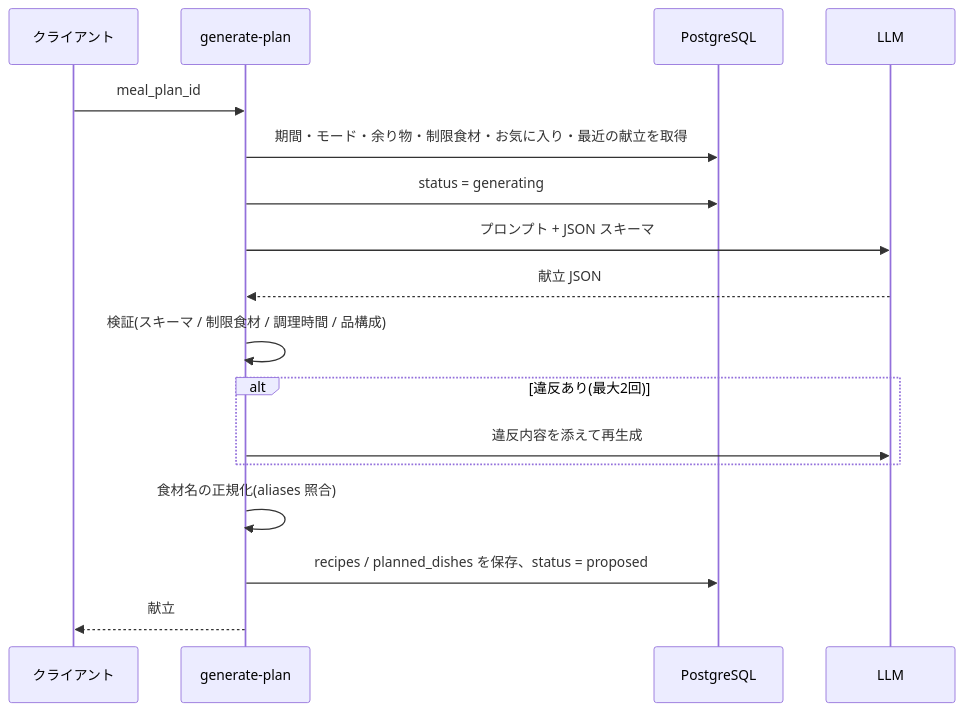
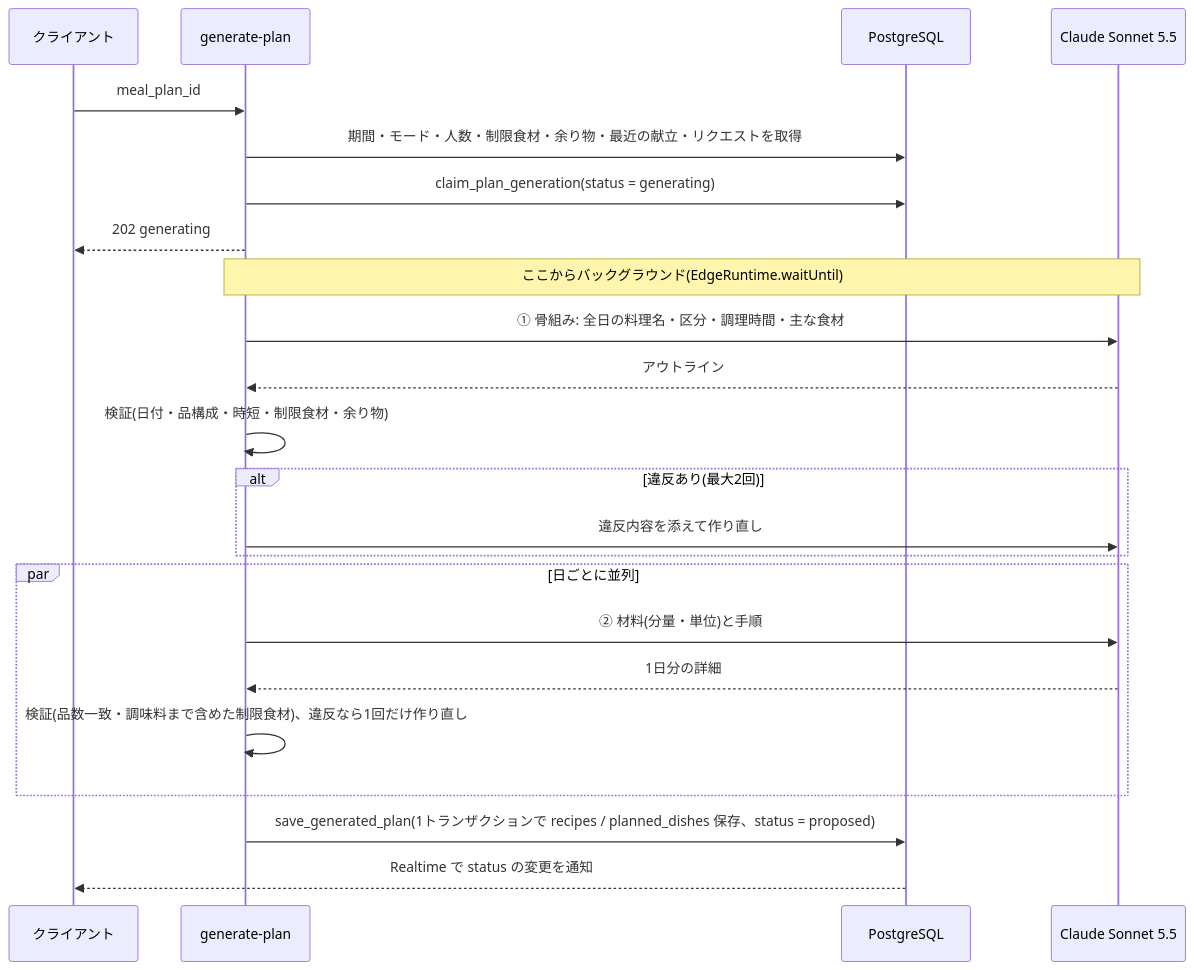
The fifth of 5 diagrams in docs/02_design.md (koshio123/kondate-app), drawn with Mermaid before and after one commit. The commit also changed other lines of this file and 21 other files, not shown here.

````diff
--- a/docs/02_design.md
+++ b/docs/02_design.md
@@ -329,20 +327,26 @@
 ```mermaid
 sequenceDiagram
   participant C as クライアント
   participant F as generate-plan
   participant DB as PostgreSQL
-  participant L as LLM
+  participant L as Claude Sonnet 5.5
 
   C->>F: meal_plan_id
-  F->>DB: 期間・モード・余り物・制限食材・お気に入り・最近の献立を取得
-  F->>DB: status = generating
-  F->>L: プロンプト + JSON スキーマ
-  L-->>F: 献立 JSON
-  F->>F: 検証(スキーマ / 制限食材 / 調理時間 / 品構成)
+  F->>DB: 期間・モード・人数・制限食材・余り物・最近の献立・リクエストを取得
+  F->>DB: claim_plan_generation(status = generating)
+  F-->>C: 202 generating
+  Note over F,L: ここからバックグラウンド(EdgeRuntime.waitUntil)
+  F->>L: ① 骨組み: 全日の料理名・区分・調理時間・主な食材
+  L-->>F: アウトライン
+  F->>F: 検証(日付・品構成・時短・制限食材・余り物)
   alt 違反あり(最大2回)
-    F->>L: 違反内容を添えて再生成
+    F->>L: 違反内容を添えて作り直し
   end
-  F->>F: 食材名の正規化(aliases 照合)
-  F->>DB: recipes / planned_dishes を保存、status = proposed
-  F-->>C: 献立
+  par 日ごとに並列
+    F->>L: ② 材料(分量・単位)と手順
+    L-->>F: 1日分の詳細
+    F->>F: 検証(品数一致・調味料まで含めた制限食材)、違反なら1回だけ作り直し
+  end
+  F->>DB: save_generated_plan(1トランザクションで recipes / planned_dishes 保存、status = proposed)
+  DB-->>C: Realtime で status の変更を通知
 ```
````
